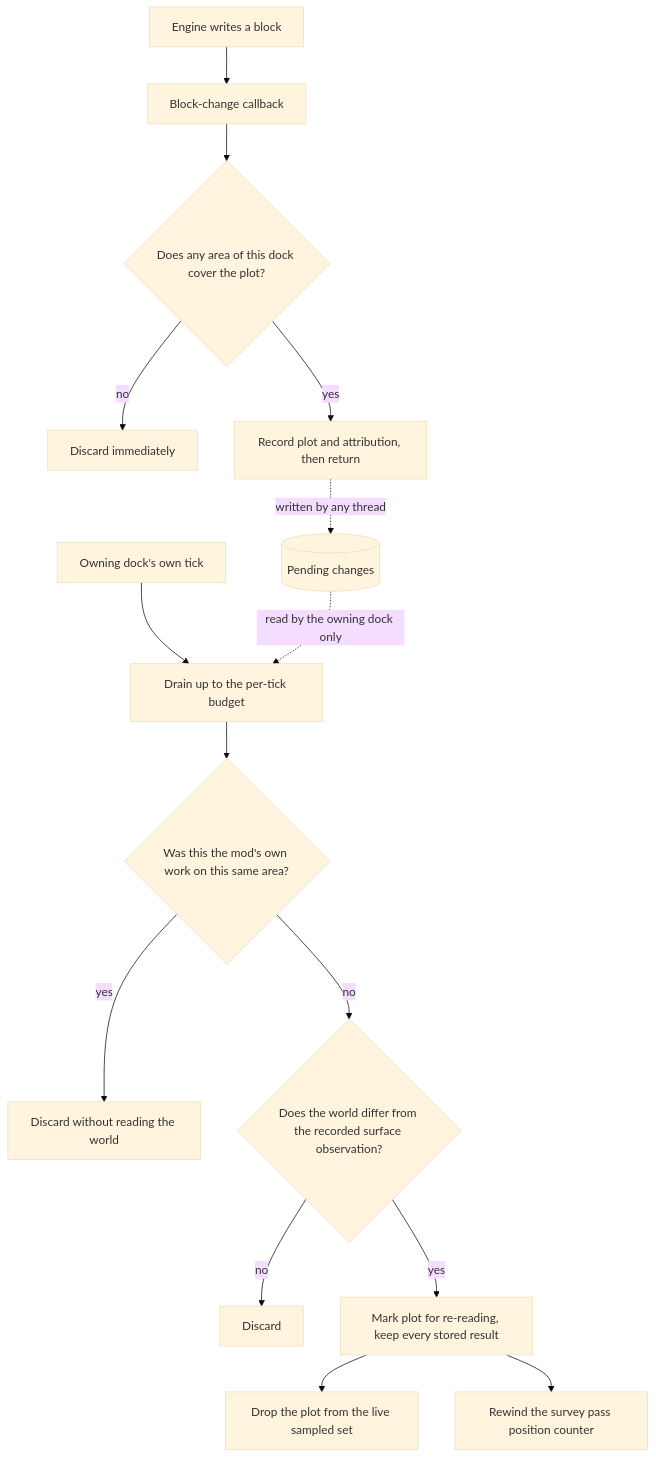
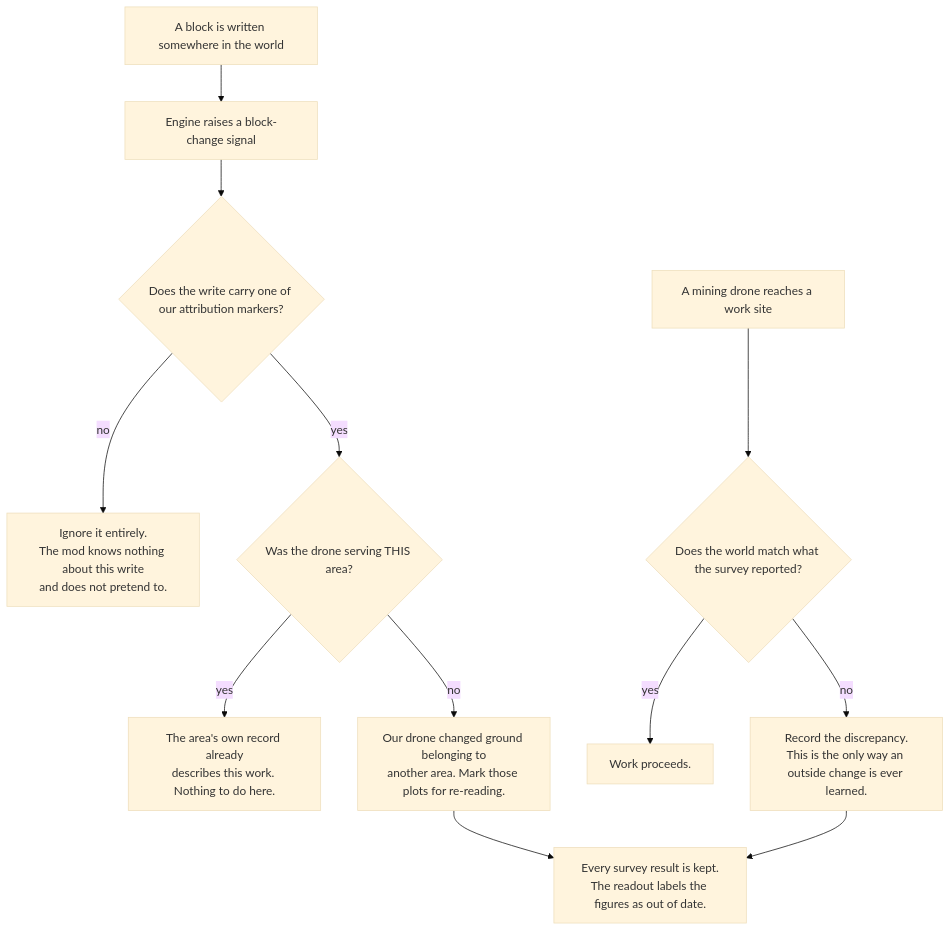
The first of 2 diagrams in docs/plans/2026-09-04-1431-fix-ground-change-on-dock-tick-plan.md (iuriguilherme/Eco-Mod-Advanced-Electronics), drawn with Mermaid (base theme) before and after one commit. The commit also changed other lines of this file and 1 other file, not shown here.

First line of the commit message:
docs(plans): narrow the ground-change listener instead of watching the world

````diff
--- a/docs/plans/2026-09-04-1431-fix-ground-change-on-dock-tick-plan.md
+++ b/docs/plans/2026-09-04-1431-fix-ground-change-on-dock-tick-plan.md
@@ -100,17 +97,14 @@
 ```mermaid
 flowchart TB
-  W[Engine writes a block] --> CB[Block-change callback]
-  CB --> GATE{Does any area of this dock cover the plot?}
-  GATE -->|no| STOP[Discard immediately]
-  GATE -->|yes| REC[Record plot and attribution, then return]
-  REC -.->|written by any thread| Q[(Pending changes)]
-  T[Owning dock's own tick] --> D[Drain up to the per-tick budget]
-  Q -.->|read by the owning dock only| D
-  D --> OWN{Was this the mod's own work on this same area?}
-  OWN -->|yes| DROP[Discard without reading the world]
-  OWN -->|no| CONF{Does the world differ from the recorded surface observation?}
-  CONF -->|no| DROP2[Discard]
-  CONF -->|yes| MARK[Mark plot for re-reading, keep every stored result]
-  MARK --> FORGET[Drop the plot from the live sampled set]
-  MARK --> REWIND[Rewind the survey pass position counter]
+  W[A block is written somewhere in the world] --> SIG[Engine raises a block-change signal]
+  SIG --> ATTR{Does the write carry one of our attribution markers?}
+  ATTR -->|no| IGN[Ignore it entirely.<br/>The mod knows nothing about this write<br/>and does not pretend to.]
+  ATTR -->|yes| SAME{Was the drone serving THIS area?}
+  SAME -->|yes| OWN[The area's own record already<br/>describes this work. Nothing to do here.]
+  SAME -->|no| MARK[Our drone changed ground belonging to<br/>another area. Mark those plots for re-reading.]
+  MARK --> KEEP[Every survey result is kept.<br/>The readout labels the figures as out of date.]
+  SITE[A mining drone reaches a work site] --> FIND{Does the world match what the survey reported?}
+  FIND -->|yes| WORK[Work proceeds.]
+  FIND -->|no| REC[Record the discrepancy.<br/>This is the only way an outside change is ever learned.]
+  REC --> KEEP
 ```
````
